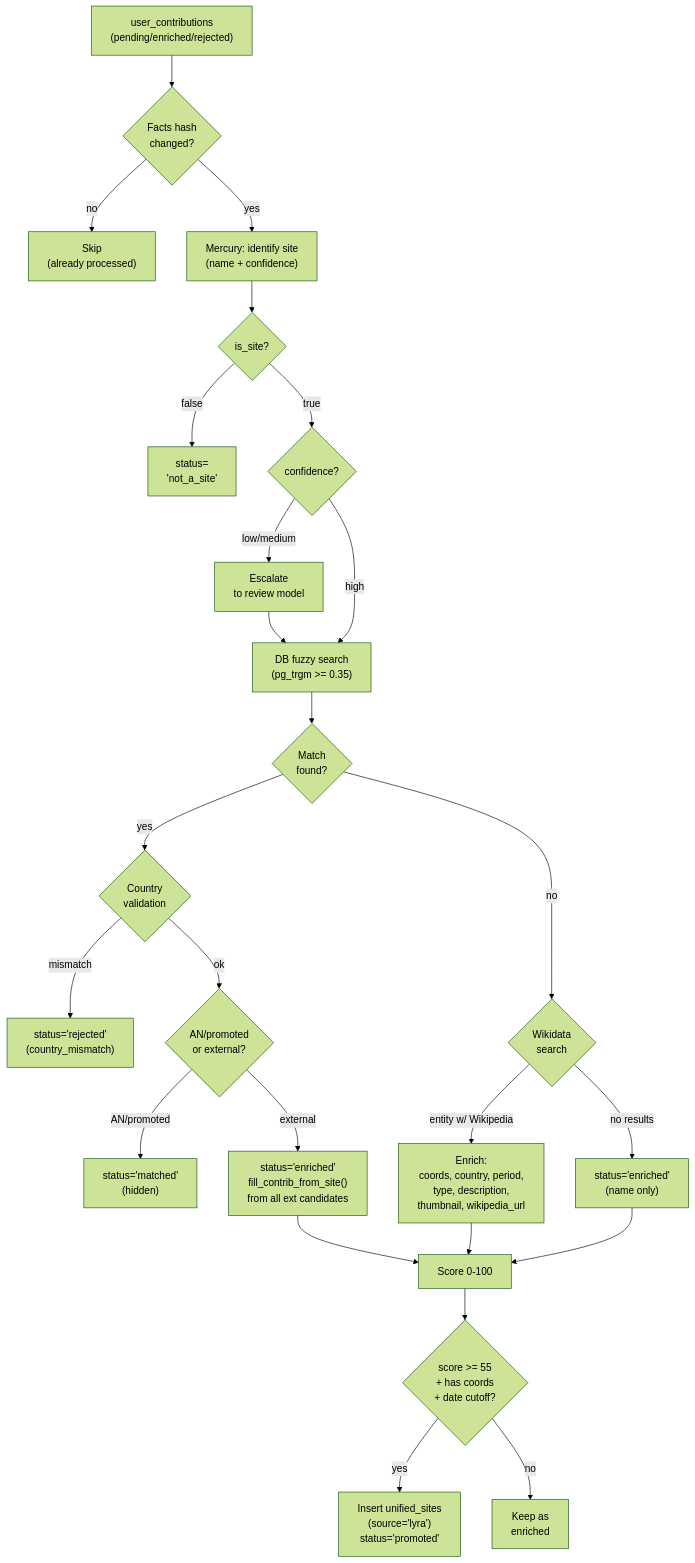
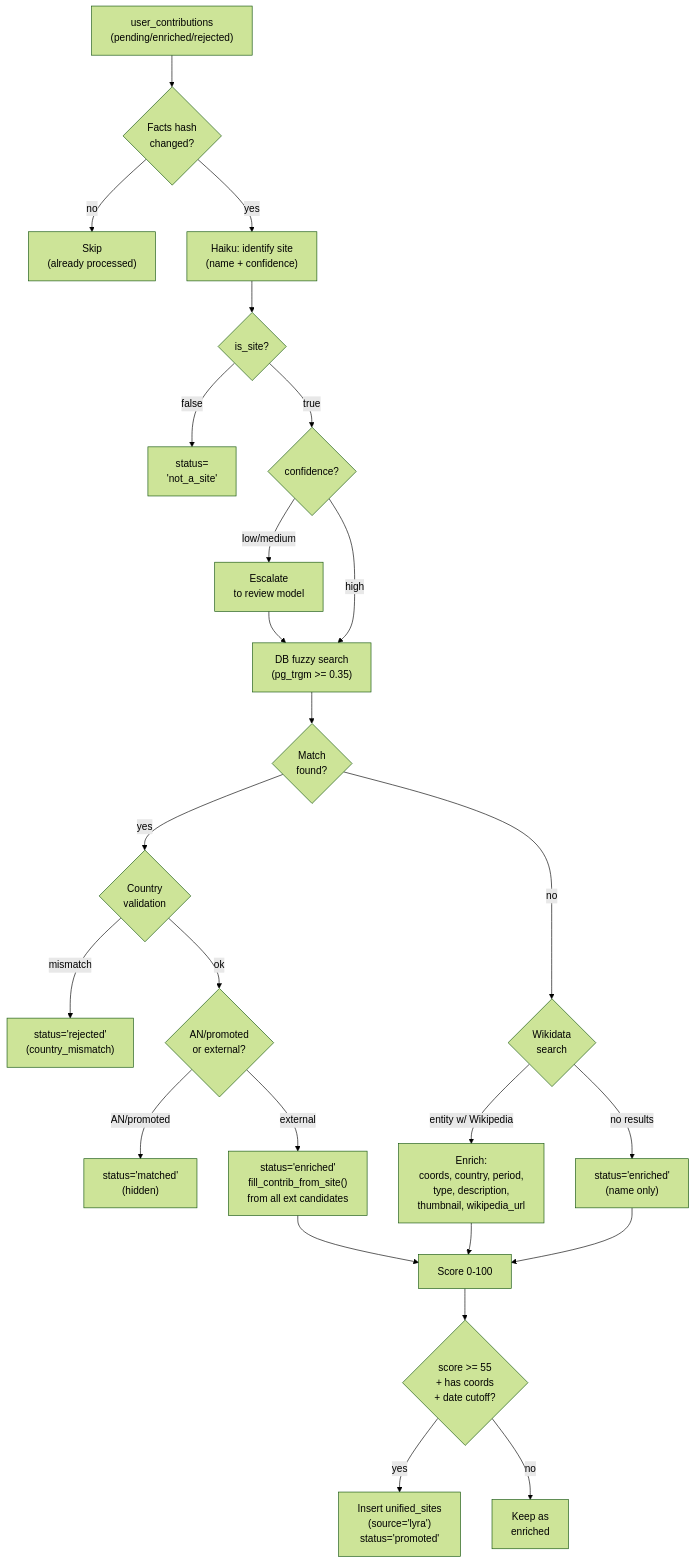
The fourth of 7 diagrams in docs/lyra-pipeline.md (ancientnerds/AncientMap), drawn with Mermaid (forest theme) before and after one commit. The commit also changed other lines of this file, not shown here.

First line of the commit message:
docs: update lyra-pipeline.md — Mercury → Anthropic (Haiku/Sonnet)

````diff
--- a/docs/lyra-pipeline.md
+++ b/docs/lyra-pipeline.md
@@ -175,35 +173,35 @@
 ```mermaid
 flowchart TD
     START["user_contributions\n(pending/enriched/rejected)"] --> HASH{"Facts hash\nchanged?"}
     HASH -->|no| SKIP["Skip\n(already processed)"]
-    HASH -->|yes| AI["Mercury: identify site\n(name + confidence)"]
+    HASH -->|yes| AI["Haiku: identify site\n(name + confidence)"]
 
     AI --> SITE{"is_site?"}
     SITE -->|false| NAS["status=\n'not_a_site'"]
     SITE -->|true| CONF{"confidence?"}
 
     CONF -->|low/medium| REVIEW["Escalate\nto review model"]
     CONF -->|high| DB
     REVIEW --> DB
 
     DB["DB fuzzy search\n(pg_trgm >= 0.35)"] --> DBMATCH{"Match\nfound?"}
 
     DBMATCH -->|yes| COUNTRY{"Country\nvalidation"}
     COUNTRY -->|mismatch| REJ["status='rejected'\n(country_mismatch)"]
     COUNTRY -->|ok| BRANCH{"AN/promoted\nor external?"}
 
     BRANCH -->|AN/promoted| MATCHED["status='matched'\n(hidden)"]
     BRANCH -->|external| EXT["status='enriched'\nfill_contrib_from_site()\nfrom all ext candidates"]
 
     DBMATCH -->|no| WD{"Wikidata\nsearch"}
     WD -->|entity w/ Wikipedia| ENRICH["Enrich:\ncoords, country, period,\ntype, description,\nthumbnail, wikipedia_url"]
     WD -->|no results| NEW["status='enriched'\n(name only)"]
 
     ENRICH --> SCORE["Score 0-100"]
     EXT --> SCORE
     NEW --> SCORE
 
     SCORE --> PROMOTE{"score >= 55\n+ has coords\n+ date cutoff?"}
     PROMOTE -->|yes| UNI["Insert unified_sites\n(source='lyra')\nstatus='promoted'"]
     PROMOTE -->|no| DONE["Keep as\nenriched"]
 ```
````
